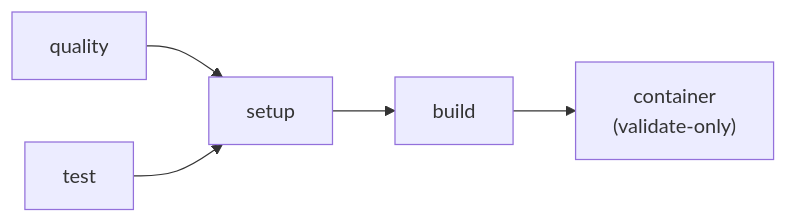
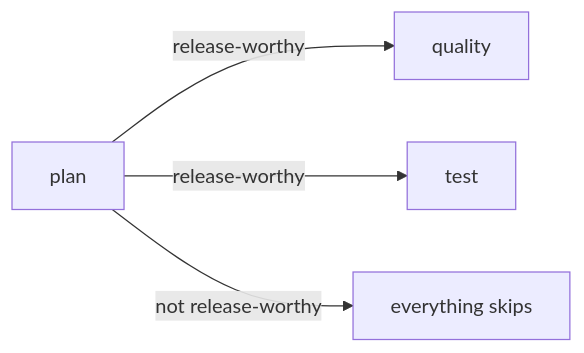
The first of 2 diagrams in README.md (hyperi-io/hyperi-ci), drawn with Mermaid before and after one commit. The commit also changed other lines of this file and 9 other files, not shown here.

````diff
--- a/README.md
+++ b/README.md
@@ -309,7 +310,6 @@
 ```mermaid
 flowchart LR
-    Q[quality] --> S[setup]
-    T[test] --> S
-    S --> B[build]
-    B --> C["container<br/>(validate-only)"]
+    P[plan] -->|release-worthy| Q[quality]
+    P -->|release-worthy| T[test]
+    P -->|not release-worthy| S[everything skips]
 ```
````
